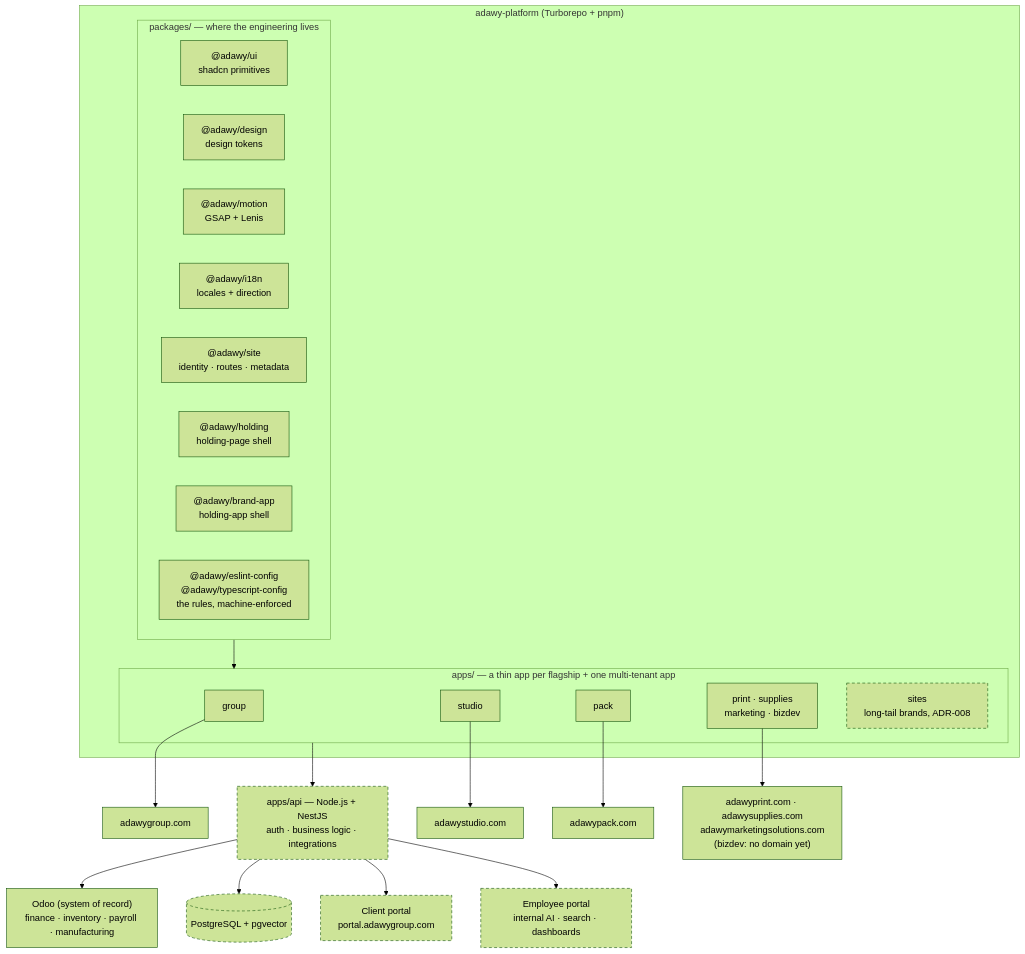
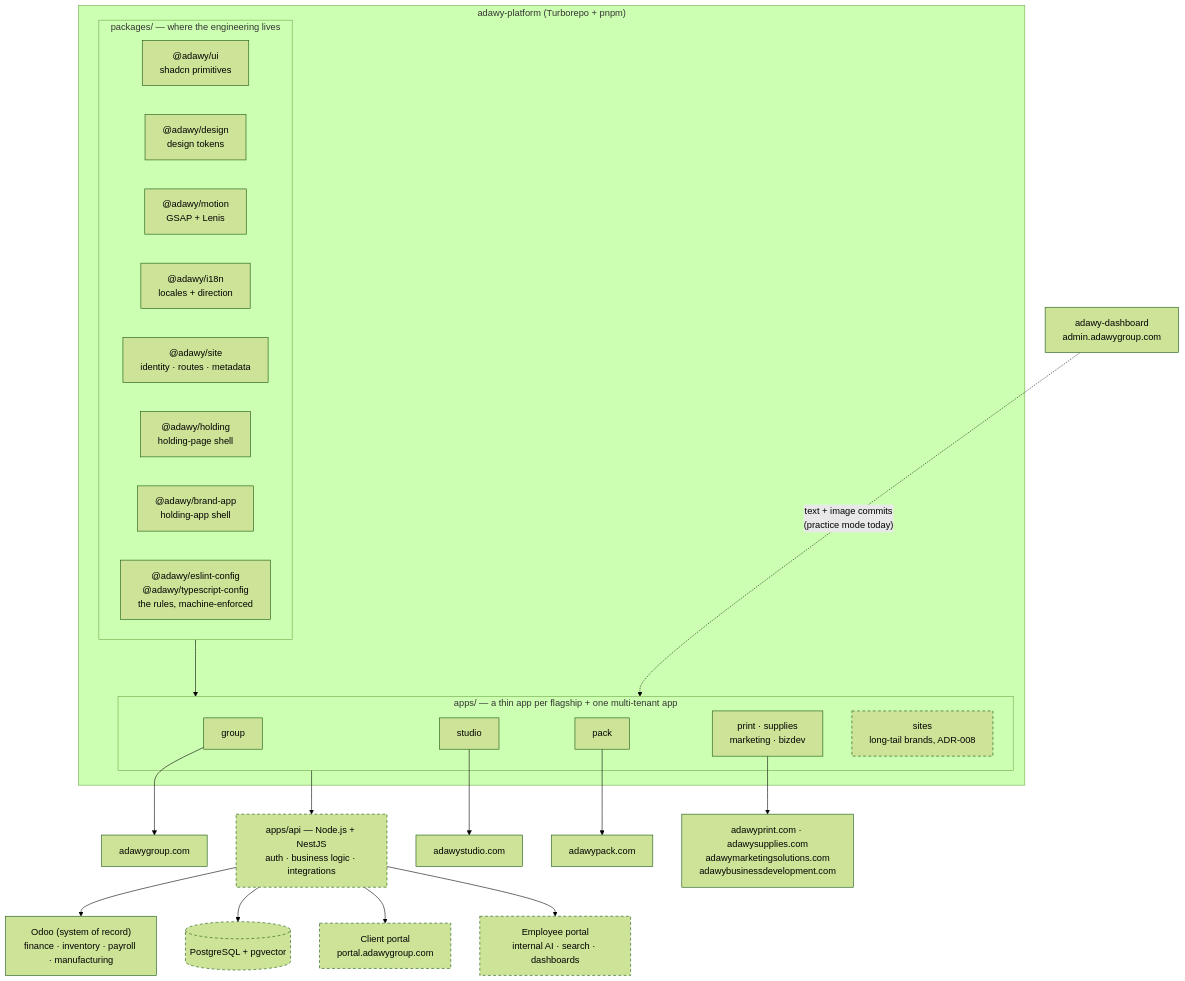
One commit to Adawy-Group/adawy-technical-docs changed the diagram in content/architecture/index.mdx. Above: the diagram before and after it, drawn with Mermaid (forest theme). The commit also changed other lines of this file and 35 other files, not shown here.

````diff
--- a/content/architecture/index.mdx
+++ b/content/architecture/index.mdx
@@ -17,35 +17,36 @@
 ```mermaid
 flowchart TD
     subgraph MONO["adawy-platform (Turborepo + pnpm)"]
         subgraph PKGS["packages/ — where the engineering lives"]
             UI["@adawy/ui<br/>shadcn primitives"]
             TW["@adawy/design<br/>design tokens"]
             MO["@adawy/motion<br/>GSAP + Lenis"]
             IN["@adawy/i18n<br/>locales + direction"]
             SEOP["@adawy/site<br/>identity · routes · metadata"]
             UT["@adawy/holding<br/>holding-page shell"]
             BA["@adawy/brand-app<br/>holding-app shell"]
             LINT["@adawy/eslint-config<br/>@adawy/typescript-config<br/>the rules, machine-enforced"]
         end
         subgraph APPS["apps/ — a thin app per flagship + one multi-tenant app"]
             G["group"]
             S["studio"]
             P["pack"]
             H["print · supplies<br/>marketing · bizdev"]
             N["sites<br/>long-tail brands, ADR-008"]
         end
         PKGS --> APPS
     end
     G --> DG["adawygroup.com"]
     S --> DS["adawystudio.com"]
     P --> DP["adawypack.com"]
-    H --> DH["adawyprint.com · adawysupplies.com<br/>adawymarketingsolutions.com<br/>(bizdev: no domain yet)"]
+    H --> DH["adawyprint.com · adawysupplies.com<br/>adawymarketingsolutions.com<br/>adawybusinessdevelopment.com"]
+    DASH["adawy-dashboard<br/>admin.adawygroup.com"] -.->|"text + image commits<br/>(practice mode today)"| APPS
     APPS --> BE["apps/api — Node.js + NestJS<br/>auth · business logic · integrations"]
     BE --> ODOO["Odoo (system of record)<br/>finance · inventory · payroll · manufacturing"]
     BE --> DB[("PostgreSQL + pgvector")]
     BE --> PORTAL["Client portal<br/>portal.adawygroup.com"]
     BE --> EMP["Employee portal<br/>internal AI · search · dashboards"]
 
     classDef planned stroke-dasharray: 5 4;
     class N,BE,DB,PORTAL,EMP planned;
 ```
````
